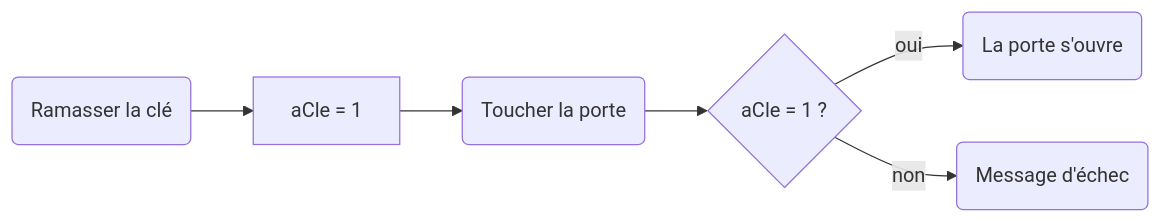
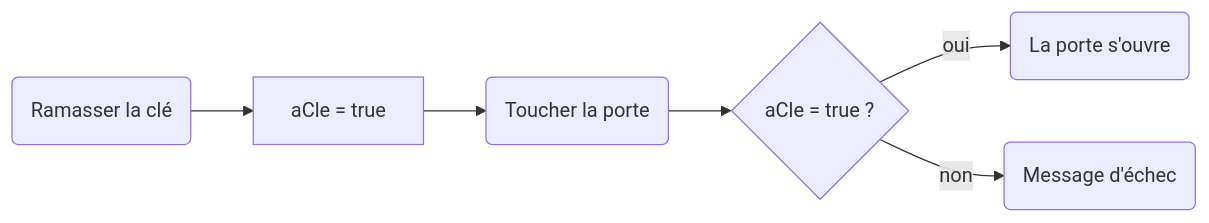
Before and after one commit to tim-montmorency/compendium: the first of 2 diagrams in docs/582-301-interactivite-ludique/cours03.md, drawn with Mermaid. The commit also changed other lines of this file and 24 other files, not shown here.

````diff
--- a/docs/582-301-interactivite-ludique/cours03.md
+++ b/docs/582-301-interactivite-ludique/cours03.md
@@ -152,8 +154,8 @@
 ```mermaid
 graph LR
-    A(Ramasser la clé) --> B["aCle = 1"]
+    A(Ramasser la clé) --> B["aCle = true"]
     B --> C(Toucher la porte)
-    C --> D{"aCle = 1 ?"}
+    C --> D{"aCle = true ?"}
     D -- oui --> E(La porte s'ouvre)
     D -- non --> F(Message d'échec)
 ```
````
